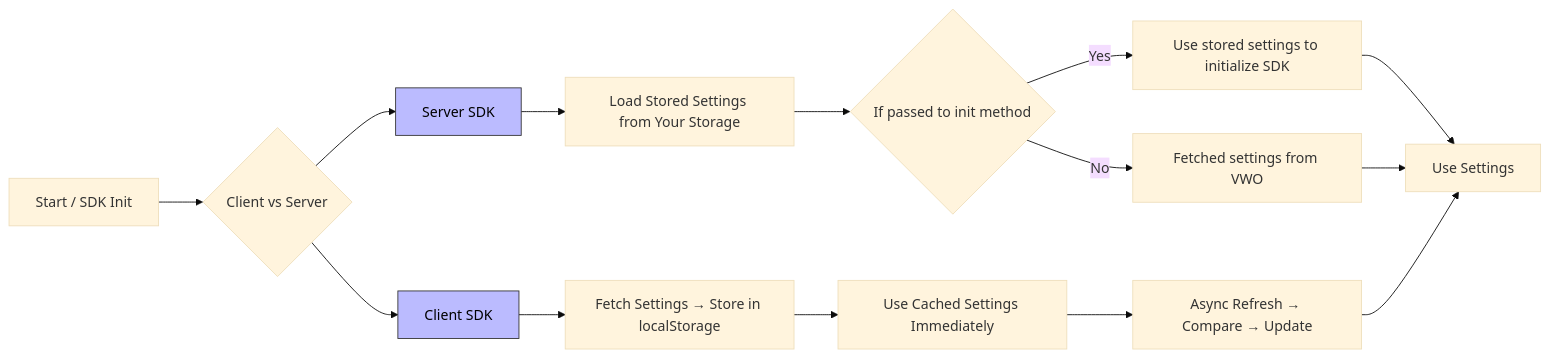
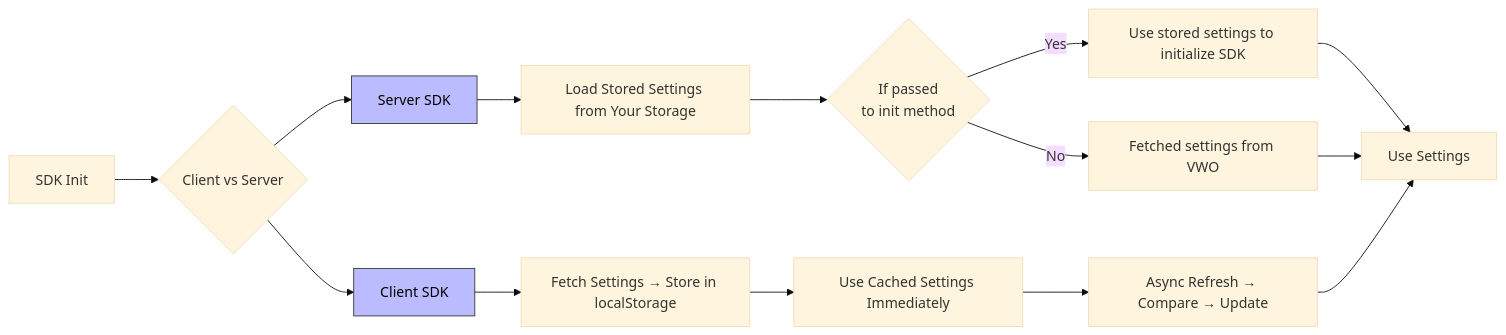
One commit to wingify/readme-central changed the third of 3 diagrams in docs/Concepts/fme-sdks-caching.md. Above: the diagram before and after it, drawn with Mermaid (base theme).

Commit message:
Update doc `fme-sdks-caching`

````diff
--- a/docs/Concepts/fme-sdks-caching.md
+++ b/docs/Concepts/fme-sdks-caching.md
@@ -194,25 +194,25 @@
 ```mermaid
 graph LR
-  A[Start / SDK Init] --> B{Client vs Server}
+  A[SDK Init] --> B{Client vs Server}
   B --> C[Client SDK]
   B --> D[Server SDK]
   C --> E[Fetch Settings → Store in localStorage]
   E --> F[Use Cached Settings Immediately]
   F --> G[Async Refresh → Compare → Update]
   D --> H[Load Stored Settings from Your Storage]
-  H --> I{If passed to init method}
+  H --> I{If passed<br/>to init method}
   I -->|Yes| J[Use stored settings to initialize SDK]
   I -->|No| K[Fetched settings from VWO]
   J --> L[Use Settings]
   K --> L
   G --> L
   
   %% Assign classes
   class C client
   class D server
 
   %% Define styles
   classDef client fill:#bbf,stroke:#333,stroke-width:1px,color:#000
   classDef server fill:#bbf,stroke:#333,stroke-width:1px,color:#000
 
 ```
````
